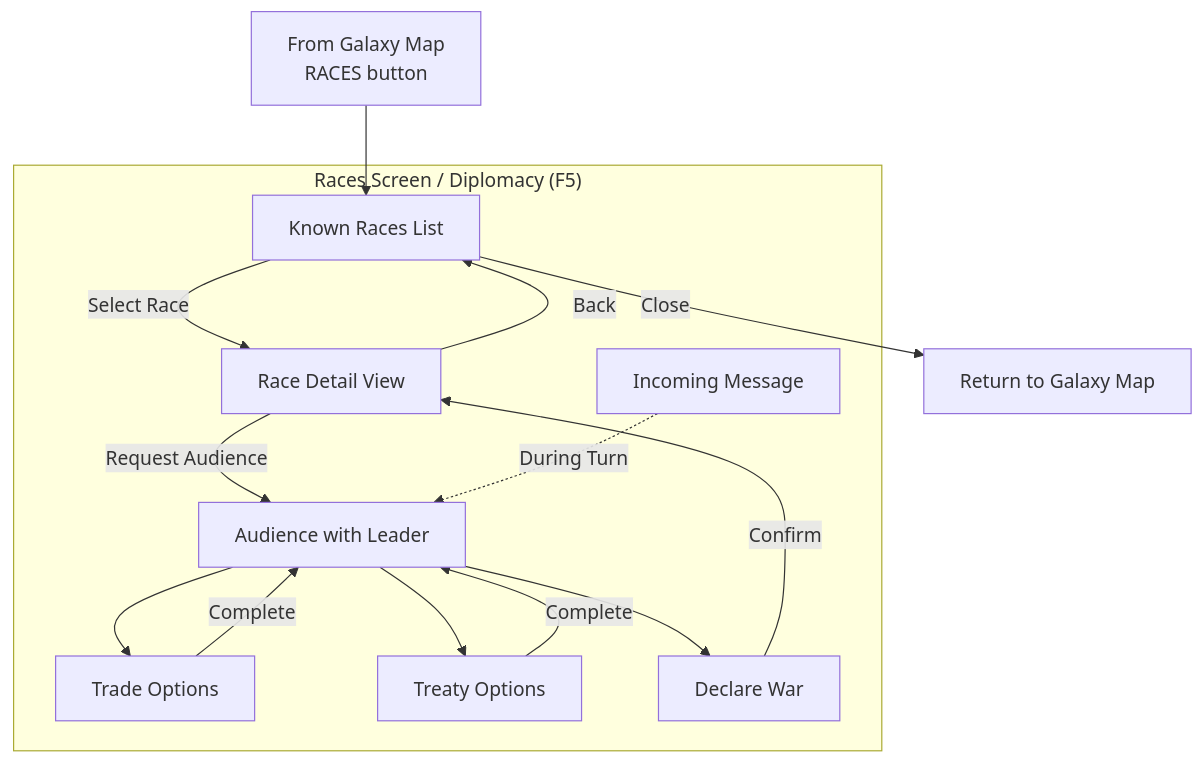
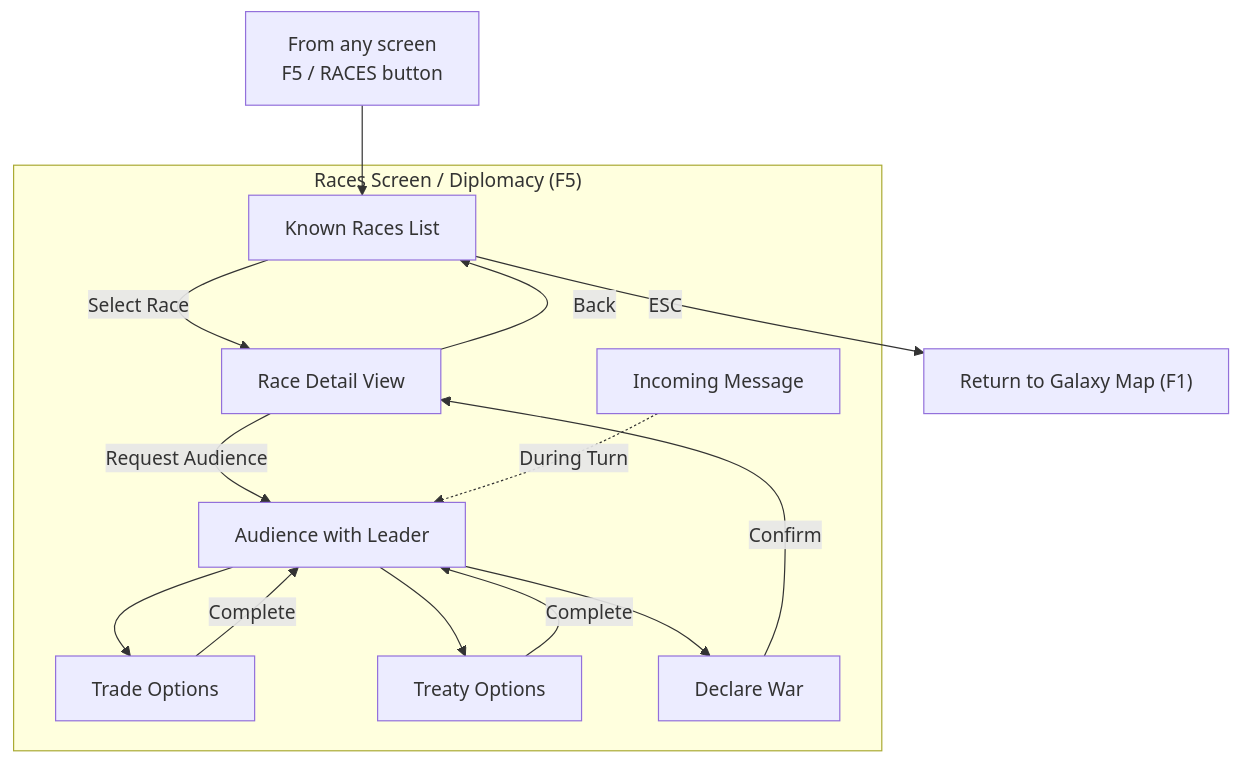
Before and after one commit to jtchilders-ai-assistant/hamster-of-orion: the sixth of 9 diagrams in design/ui-ux/navigation-flow.md, drawn with Mermaid. The commit also changed other lines of this file and 2 other files, not shown here.

````diff
--- a/design/ui-ux/navigation-flow.md
+++ b/design/ui-ux/navigation-flow.md
@@ -288,32 +292,32 @@
 ```mermaid
 flowchart TD
     subgraph DiplomacyScreen["Races Screen / Diplomacy (F5)"]
         RaceList[Known Races List]
         RaceDetail[Race Detail View]
         Audience[Audience with Leader]
         
         TradeMenu[Trade Options]
         TreatyMenu[Treaty Options]
         DeclareWar[Declare War]
         
         MessageReceive[Incoming Message]
     end
 
-    Entry[From Galaxy Map<br/>RACES button] --> RaceList
+    Entry["From any screen<br/>F5 / RACES button"] --> RaceList
     
     RaceList -->|"Select Race"| RaceDetail
     RaceDetail -->|"Request Audience"| Audience
     RaceDetail -->|"Back"| RaceList
     
     Audience --> TradeMenu
     Audience --> TreatyMenu
     Audience --> DeclareWar
     
     TradeMenu -->|"Complete"| Audience
     TreatyMenu -->|"Complete"| Audience
     DeclareWar -->|"Confirm"| RaceDetail
     
-    RaceList -->|"Close"| Exit[Return to Galaxy Map]
+    RaceList -->|"ESC"| Exit["Return to Galaxy Map (F1)"]
     
     MessageReceive -.->|"During Turn"| Audience
 ```
````
